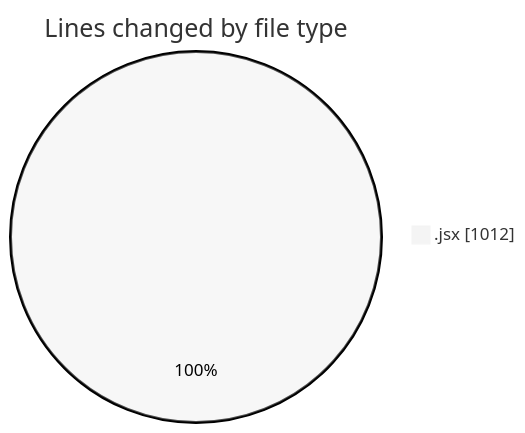
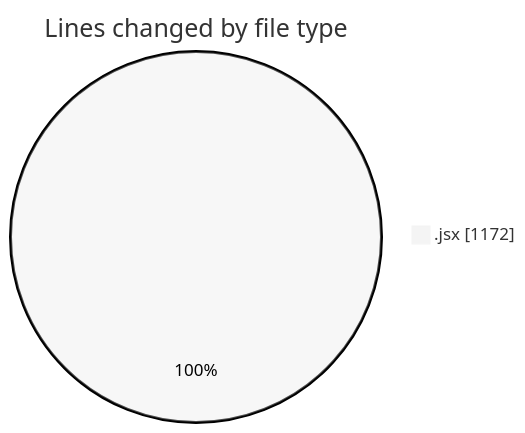
Before and after one commit to nxtqubesakshisongat/code-tracking: the first of 2 diagrams in 2025-11-20/nxtqube_webapp/README.md, drawn with Mermaid (neutral theme). The commit also changed other lines of this file and 1 other file, not shown here.

````diff
--- a/2025-11-20/nxtqube_webapp/README.md
+++ b/2025-11-20/nxtqube_webapp/README.md
@@ -21,5 +21,5 @@
 ```mermaid
 pie showData
 title Lines changed by file type
-".jsx" : 1012
+".jsx" : 1172
 ```
````
